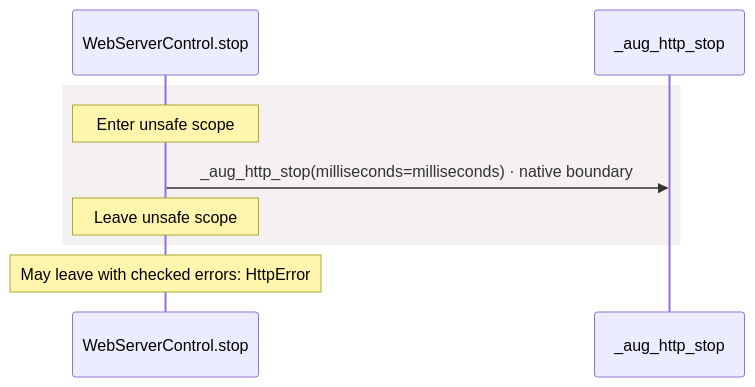
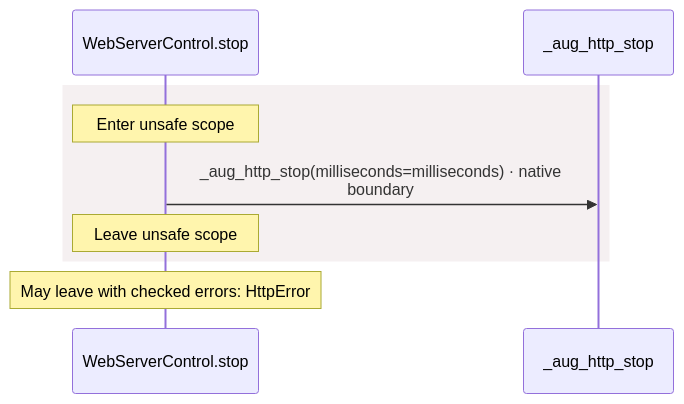
Before and after one commit to GreenPandaStudios/augscript: the eighth of 8 diagrams in src/stdlib/web/contracts.aug.diagrams.md, drawn with Mermaid. The commit also changed other lines of this file and 200 other files, not shown here.

Commit message:
Group imported operations and wrap readable sequence messages

````diff
--- a/src/stdlib/web/contracts.aug.diagrams.md
+++ b/src/stdlib/web/contracts.aug.diagrams.md
@@ -276,11 +276,11 @@
 ```mermaid
 sequenceDiagram
     participant p0 as WebServerControl.stop
     participant p1 as _aug_http_stop
     rect rgb(245, 240, 241)
     Note over p0: Enter unsafe scope
-    p0->>p1: _aug_http_stop(milliseconds=milliseconds) · native boundary
+    p0->>p1: _aug_http_stop(milliseconds=milliseconds) · native<br/>boundary
     Note over p0: Leave unsafe scope
     end
     Note over p0: May leave with checked errors: HttpError
 ```
````
